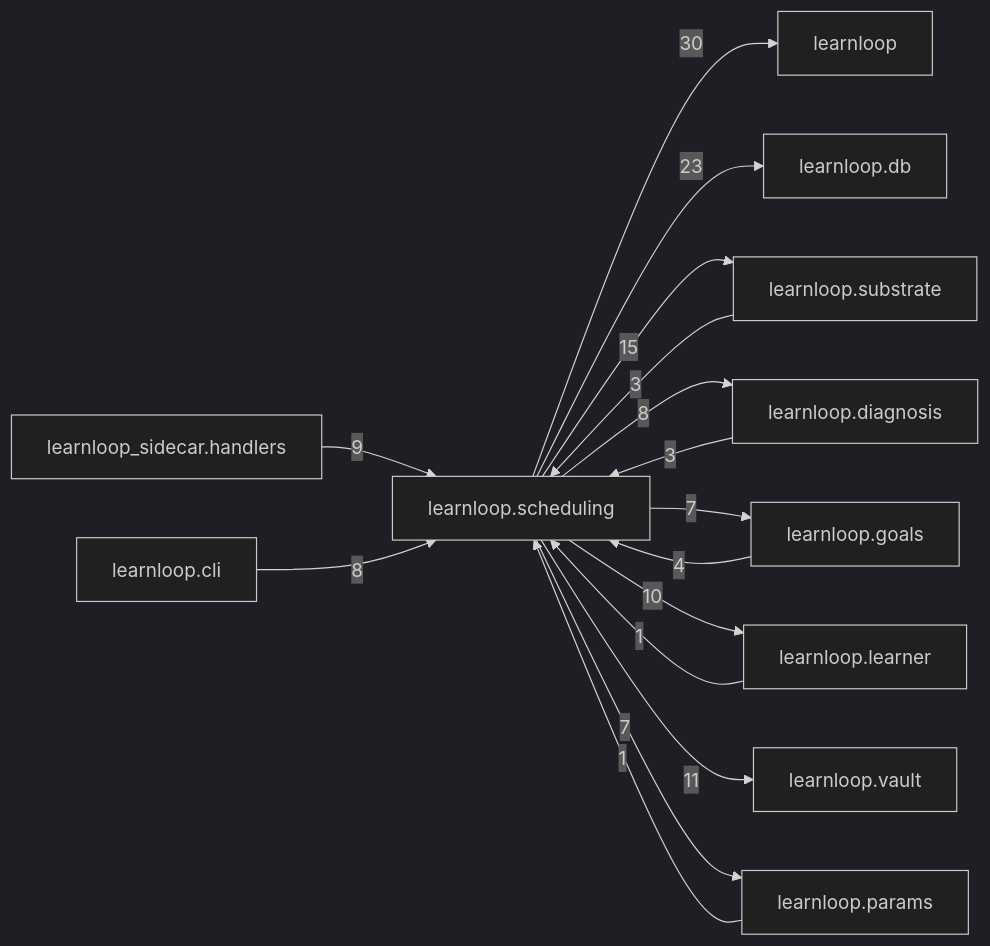
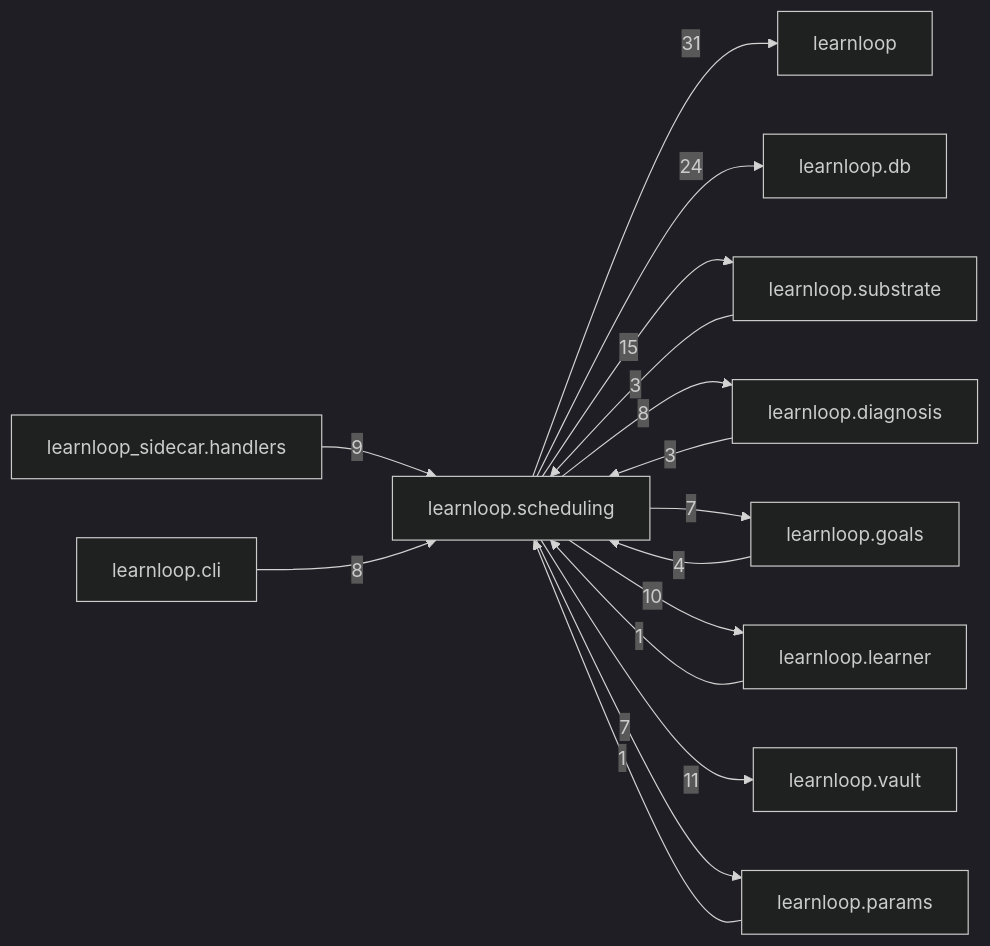
The diagram in docs/learnloop-architecture-vault/Reference/Modules/learnloop/scheduling/_package.md (6up-b/learnanything), drawn with Mermaid (dark theme) before and after one commit. The commit also changed other lines of this file and 633 other files, not shown here.

````diff
--- a/docs/learnloop-architecture-vault/Reference/Modules/learnloop/scheduling/_package.md
+++ b/docs/learnloop-architecture-vault/Reference/Modules/learnloop/scheduling/_package.md
@@ -147,29 +147,29 @@
 ```mermaid
 flowchart LR
     center["learnloop.scheduling"]
     n_learnloop["learnloop"]
     n_learnloop_db["learnloop.db"]
     n_learnloop_substrate["learnloop.substrate"]
     n_learnloop_diagnosis["learnloop.diagnosis"]
     n_learnloop_goals["learnloop.goals"]
     n_learnloop_learner["learnloop.learner"]
     n_learnloop_vault["learnloop.vault"]
     n_learnloop_sidecar_handlers["learnloop_sidecar.handlers"]
     n_learnloop_cli["learnloop.cli"]
     n_learnloop_params["learnloop.params"]
-    center -->|30| n_learnloop
-    center -->|23| n_learnloop_db
+    center -->|31| n_learnloop
+    center -->|24| n_learnloop_db
     n_learnloop_substrate -->|3| center
     center -->|15| n_learnloop_substrate
     n_learnloop_diagnosis -->|3| center
     center -->|8| n_learnloop_diagnosis
     n_learnloop_goals -->|4| center
     center -->|7| n_learnloop_goals
     n_learnloop_learner -->|1| center
     center -->|10| n_learnloop_learner
     center -->|11| n_learnloop_vault
     n_learnloop_sidecar_handlers -->|9| center
     n_learnloop_cli -->|8| center
     n_learnloop_params -->|1| center
     center -->|7| n_learnloop_params
 ```
````
